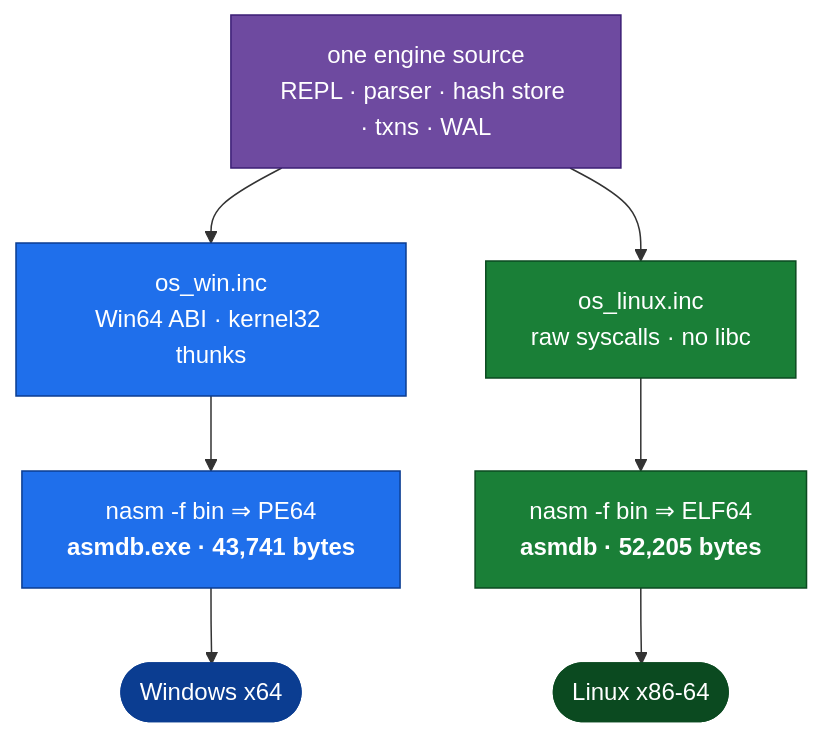
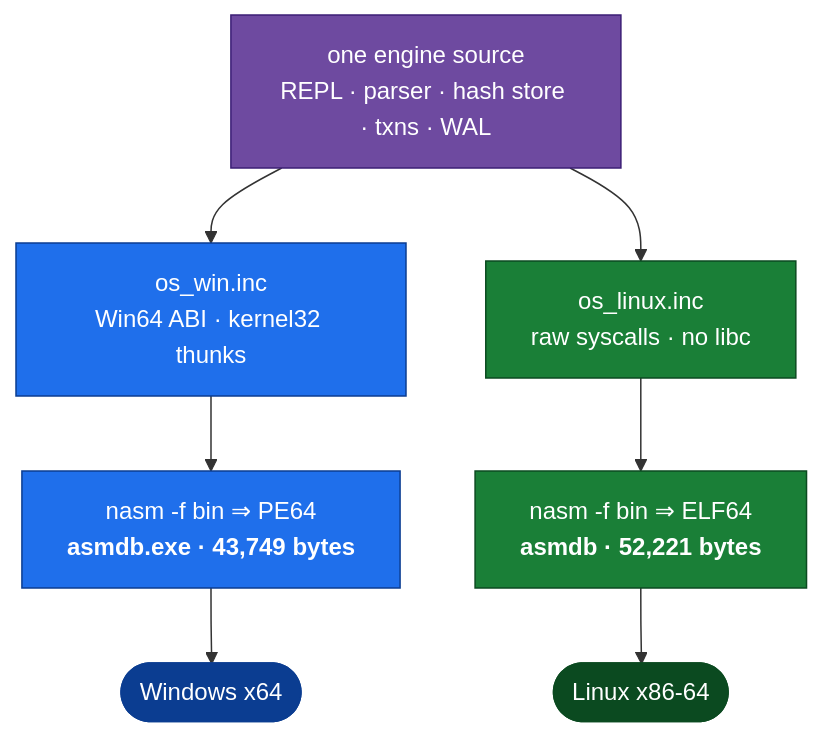
One commit to fredgis/asmDB changed the first of 2 diagrams in README.md. Above: the diagram before and after it, drawn with Mermaid. The commit also changed other lines of this file and 21 other files, not shown here.

````diff
--- a/README.md
+++ b/README.md
@@ -344,19 +344,19 @@
 ```mermaid
 flowchart TD
     SRC["one engine source<br/>REPL · parser · hash store · txns · WAL"]:::core
 
     SRC --> WIN["os_win.inc<br/>Win64 ABI · kernel32 thunks"]:::win
     SRC --> LIN["os_linux.inc<br/>raw syscalls · no libc"]:::lin
 
-    WIN --> PE["nasm -f bin ⇒ PE64<br/><b>asmdb.exe · 43,741 bytes</b>"]:::win
-    LIN --> ELF["nasm -f bin ⇒ ELF64<br/><b>asmdb · 52,205 bytes</b>"]:::lin
+    WIN --> PE["nasm -f bin ⇒ PE64<br/><b>asmdb.exe · 43,749 bytes</b>"]:::win
+    LIN --> ELF["nasm -f bin ⇒ ELF64<br/><b>asmdb · 52,221 bytes</b>"]:::lin
 
     PE --> WOS(["Windows x64"]):::winb
     ELF --> LOS(["Linux x86-64"]):::linb
 
     classDef core fill:#6e4aa0,stroke:#3b1e75,color:#fff
     classDef win  fill:#1f6feb,stroke:#0b3d91,color:#fff
     classDef lin  fill:#1a7f37,stroke:#0b4a20,color:#fff
     classDef winb fill:#0b3d91,stroke:#0b3d91,color:#fff
     classDef linb fill:#0b4a20,stroke:#0b4a20,color:#fff
 ```
````
